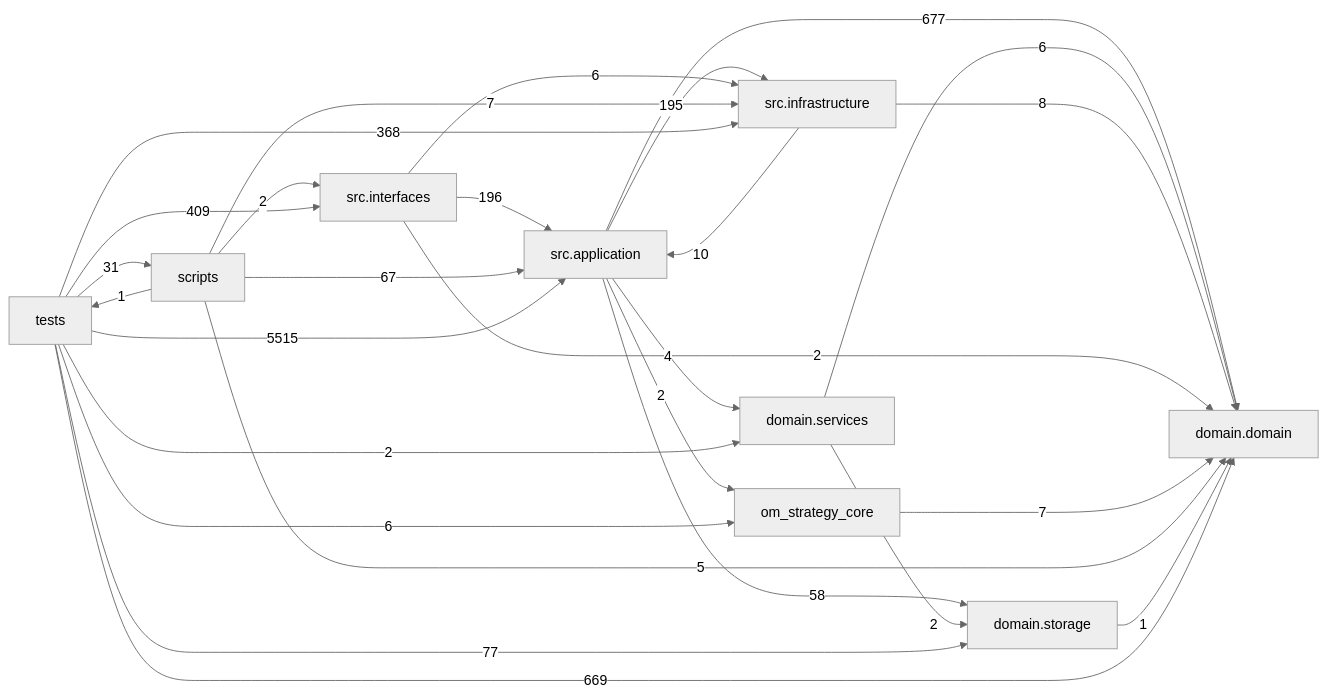
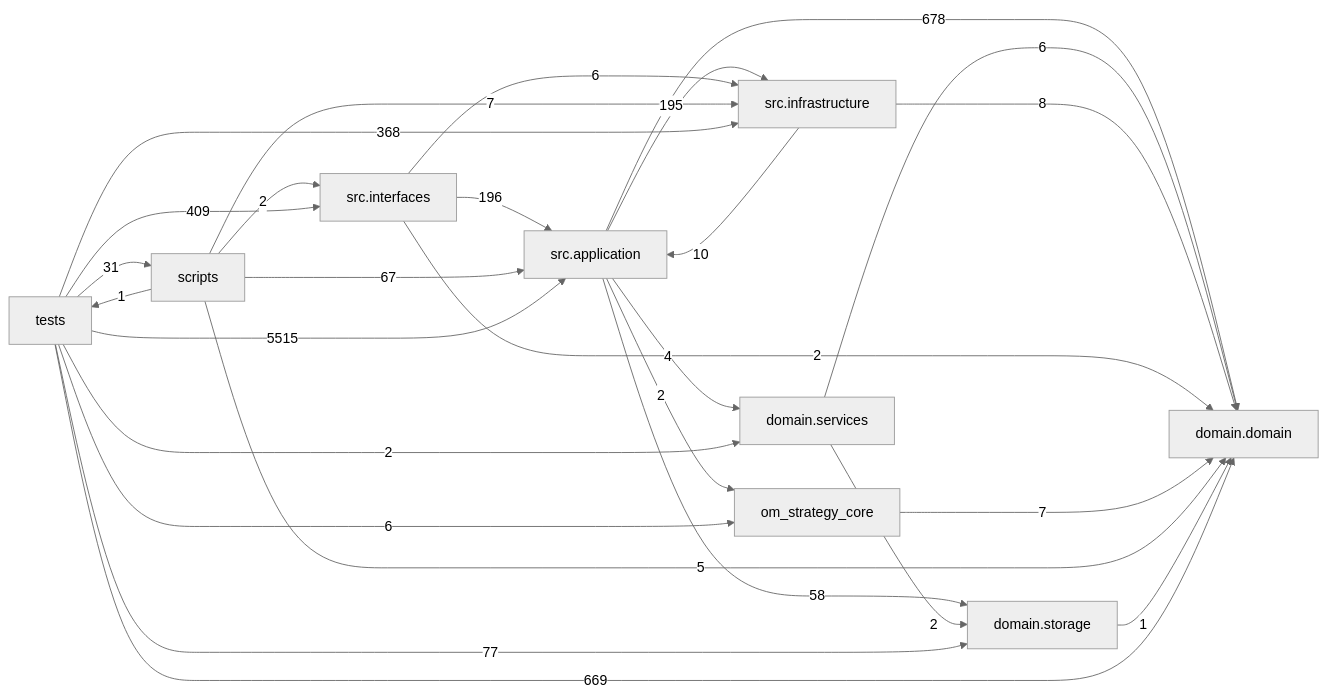
Before and after one commit to liuxie066/options-monitor: the diagram in docs/DEPENDENCY_GRAPH.md, drawn with Mermaid (neutral theme). The commit also changed other lines of this file and 6 other files, not shown here.

````diff
--- a/docs/DEPENDENCY_GRAPH.md
+++ b/docs/DEPENDENCY_GRAPH.md
@@ -24,38 +24,38 @@
 ```mermaid
 flowchart LR
   tests["tests"]
   scripts["scripts"]
   interfaces["src.interfaces"]
   application["src.application"]
   infrastructure["src.infrastructure"]
   domain_services["domain.services"]
   domain["domain.domain"]
   storage["domain.storage"]
-  application -->|677| domain
+  application -->|678| domain
   application -->|4| domain_services
   application -->|195| infrastructure
   application -->|2| om_strategy_core
   application -->|58| storage
   domain_services -->|6| domain
   domain_services -->|2| storage
   infrastructure -->|10| application
   infrastructure -->|8| domain
   interfaces -->|196| application
   interfaces -->|2| domain
   interfaces -->|6| infrastructure
   om_strategy_core -->|7| domain
   scripts -->|67| application
   scripts -->|5| domain
   scripts -->|7| infrastructure
   scripts -->|2| interfaces
   scripts -->|1| tests
   storage -->|1| domain
   tests -->|5515| application
   tests -->|669| domain
   tests -->|2| domain_services
   tests -->|368| infrastructure
   tests -->|409| interfaces
   tests -->|6| om_strategy_core
   tests -->|31| scripts
   tests -->|77| storage
 ```
````
